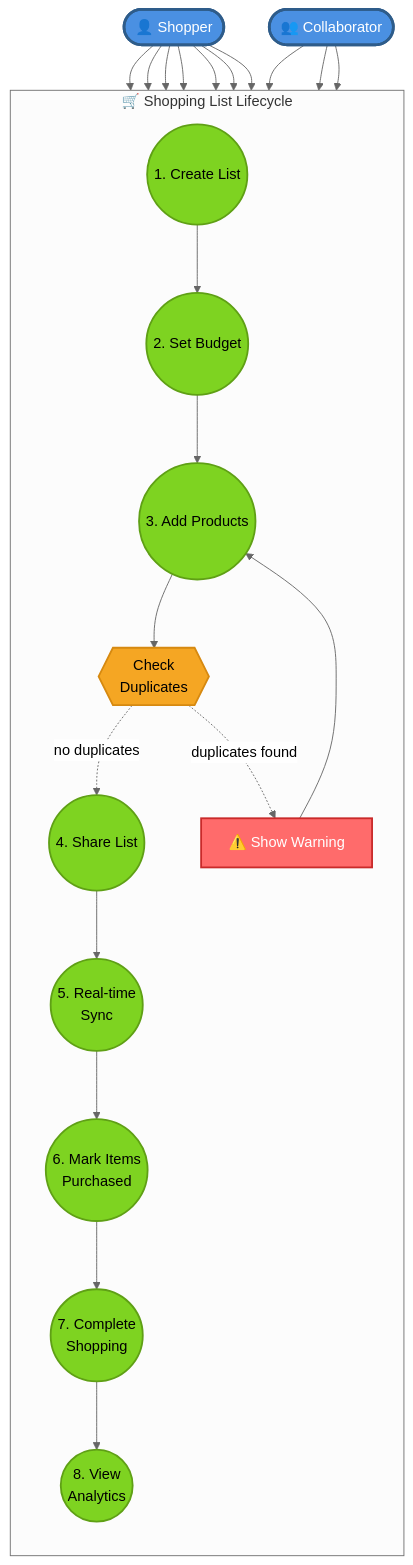
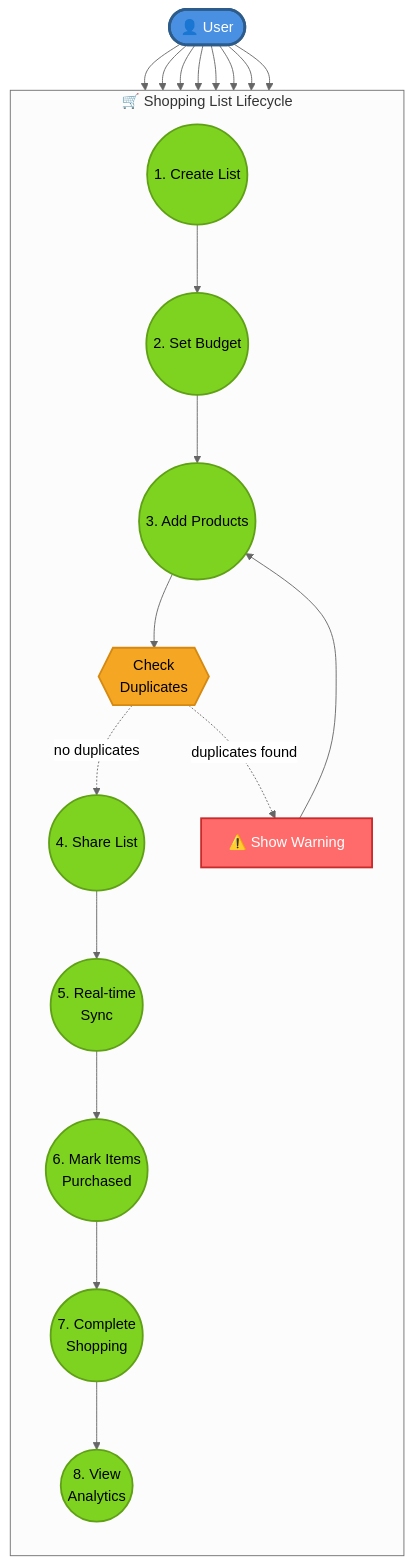
The third of 6 diagrams in docs/USE_CASE_DIAGRAM.md (MessiahRailey-29/CapstoneProject), drawn with Mermaid (neutral theme) before and after one commit. The commit also changed other lines of this file, not shown here.

First line of the commit message:
Simplify use case diagrams to use single User actor

````diff
--- a/docs/USE_CASE_DIAGRAM.md
+++ b/docs/USE_CASE_DIAGRAM.md
@@ -197,55 +183,51 @@
 ```mermaid
 flowchart TB
     %% Actor
-    Shopper([👤 Shopper])
-    Collaborator([👥 Collaborator])
+    User([👤 User])
 
     subgraph LIFECYCLE["🛒 Shopping List Lifecycle"]
         direction TB
 
         UC10((1. Create List))
         UC16((2. Set Budget))
         UC22((3. Add Products))
         UC26{{Check<br/>Duplicates}}
         UC14((4. Share List))
         UC33((5. Real-time<br/>Sync))
         UC25((6. Mark Items<br/>Purchased))
         UC15((7. Complete<br/>Shopping))
         UC60((8. View<br/>Analytics))
 
         UC10 --> UC16
         UC16 --> UC22
         UC22 --> UC26
         UC26 -.->|no duplicates| UC14
         UC26 -.->|duplicates found| Warning[⚠️ Show Warning]
         Warning --> UC22
         UC14 --> UC33
         UC33 --> UC25
         UC25 --> UC15
         UC15 --> UC60
     end
 
     %% Connections
-    Shopper --> UC10
-    Shopper --> UC16
-    Shopper --> UC22
-    Shopper --> UC14
-    Shopper --> UC25
-    Shopper --> UC15
-    Shopper --> UC60
-
-    Collaborator --> UC22
-    Collaborator --> UC33
-    Collaborator --> UC25
+    User --> UC10
+    User --> UC16
+    User --> UC22
+    User --> UC14
+    User --> UC33
+    User --> UC25
+    User --> UC15
+    User --> UC60
 
     %% Styling
     classDef actorStyle fill:#4A90E2,stroke:#2E5C8A,stroke-width:3px,color:#fff
     classDef processStyle fill:#7ED321,stroke:#5FA015,stroke-width:2px
     classDef decisionStyle fill:#F5A623,stroke:#D68910,stroke-width:2px
     classDef warningStyle fill:#FF6B6B,stroke:#C92A2A,stroke-width:2px,color:#fff
 
-    class Shopper,Collaborator actorStyle
+    class User actorStyle
     class UC10,UC16,UC22,UC14,UC33,UC25,UC15,UC60 processStyle
     class UC26 decisionStyle
     class Warning warningStyle
 ```
````
